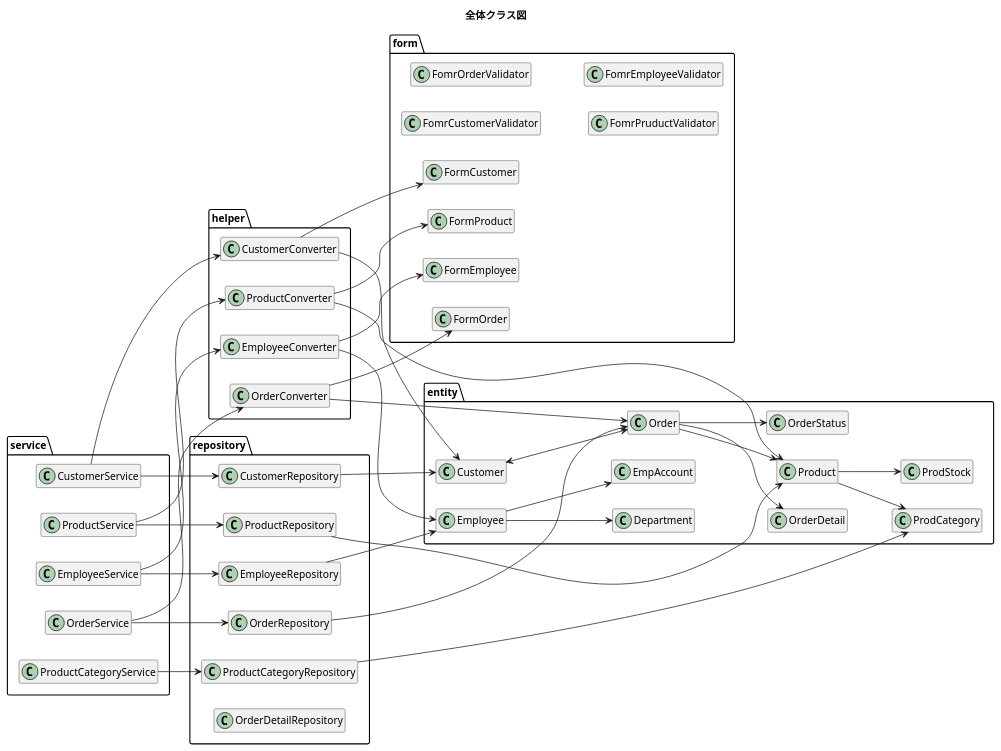
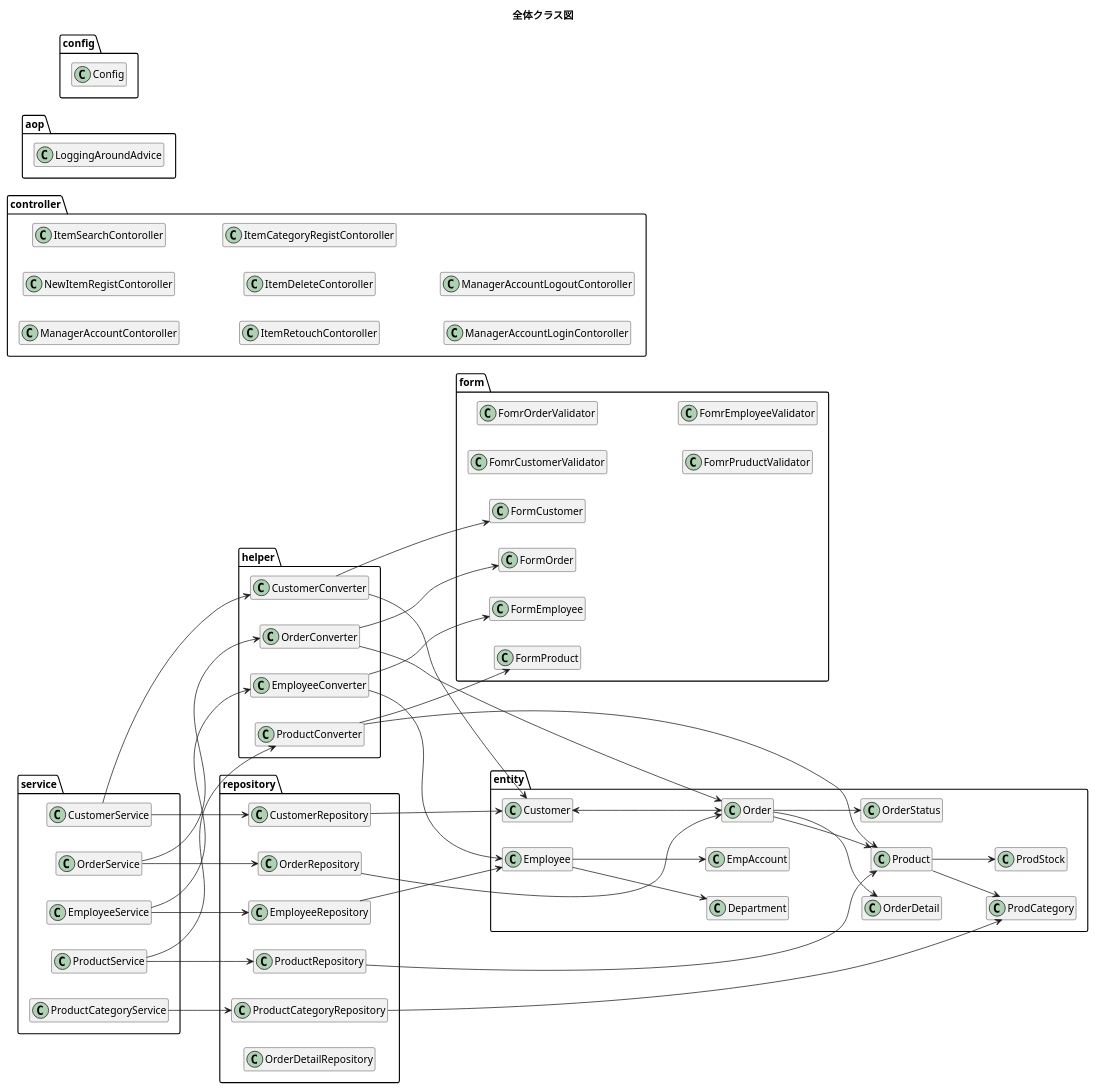
The diagram in plan/uml/class/all.plantuml (kanavii3333/ec-b), drawn with PlantUML before and after one commit.

Commit message:
ControllerとAOPとConfigの追加

```diff
--- a/plan/uml/class/all.plantuml
+++ b/plan/uml/class/all.plantuml
@@ -1,150 +1,179 @@
 @startuml
 title 全体クラス図
 hide empty members
 left to right direction
 
 package entity{
     class Customer{
     }
 
     class Order{
     }
 
     class OrderDetail{
     }
 
     class OrderStatus{
     }
 
     class Product{
     }
 
     class ProdCategory{
     }
 
     class ProdStock{
     }
 
     class Employee{
     }
 
     class Department{
     }
 
     class EmpAccount{
     }
 }
 
 Customer <--> Order
 Order --> OrderStatus
 Order --> OrderDetail
 Order --> Product
 Product --> ProdStock
 Product --> ProdCategory
 Employee --> EmpAccount
 Employee --> Department
 
 package form{
     class FormCustomer{
     }
 
     class FormOrder{
     }
 
     class FormProduct{
     }
 
     class FormEmployee{
     }
     
     class FomrCustomerValidator{
     }
     
     class FomrOrderValidator{
     }
     
     class FomrPruductValidator{
     }
     
     class FomrEmployeeValidator{
     }
 }
 
 package helper{
     class CustomerConverter{
     }
 
     class OrderConverter{
     }
 
     class ProductConverter{
     }
 
     class EmployeeConverter{
     }
 }
 CustomerConverter --> Customer
 CustomerConverter --> FormCustomer
 OrderConverter --> Order
 OrderConverter --> FormOrder
 ProductConverter --> Product
 ProductConverter --> FormProduct
 EmployeeConverter --> Employee
 EmployeeConverter --> FormEmployee
 
 package repository{
     class CustomerRepository{
     }
 
     class OrderRepository{
     }
 
     class ProductRepository{
     }
 
     class EmployeeRepository{
     }
 
     class ProductCategoryRepository{
     }
 
     class OrderDetailRepository{
     }
 }
 
 package service{
     class CustomerService{
     }
     
     class OrderService{
     }
     
     class ProductService{
     }
 
-
     class EmployeeService{
     }
     
     class ProductCategoryService{
     }
 }
+
+package controller{
+    class ManagerAccountContoroller{
+    }
+    class NewItemRegistContoroller{
+    }
+    class ItemSearchContoroller{
+    }
+    class ItemSearchContoroller{
+    }
+    class ItemRetouchContoroller{
+    }
+    class ItemDeleteContoroller{
+    }
+    class ItemCategoryRegistContoroller{
+    }
+    class ManagerAccountLoginContoroller{
+    }
+    class ManagerAccountLogoutContoroller{
+    }
+}
+
+package aop{
+   class LoggingAroundAdvice {
+   }
+}
+
+package config{
+    class Config{
+    }
 
 CustomerService --> CustomerConverter
 OrderService --> OrderConverter
 ProductService --> ProductConverter
 EmployeeService --> EmployeeConverter
 
 CustomerService --> CustomerRepository
 OrderService --> OrderRepository
 ProductService --> ProductRepository
 EmployeeService --> EmployeeRepository
 ProductCategoryService --> ProductCategoryRepository
 
 CustomerRepository --> Customer
 OrderRepository --> Order
 ProductRepository --> Product
 EmployeeRepository --> Employee
 ProductCategoryRepository --> ProdCategory
 
 @enduml
```
